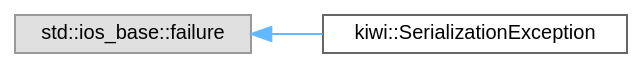
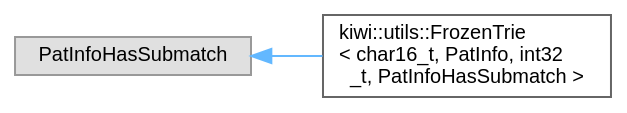
The diagram in inherit_graph_128.dot (bab2min/Kiwi), drawn with Graphviz before and after one commit. The commit also changed 150 other files, not shown here.

```diff
--- a/inherit_graph_128.dot
+++ b/inherit_graph_128.dot
@@ -1,11 +1,11 @@
 digraph "Graphical Class Hierarchy"
 {
  // LATEX_PDF_SIZE
   bgcolor="transparent";
   edge [fontname=Helvetica,fontsize=10,labelfontname=Helvetica,labelfontsize=10];
   node [fontname=Helvetica,fontsize=10,shape=box,height=0.2,width=0.4];
   rankdir="LR";
-  Node0 [id="Node000000",label="std::ios_base::failure",height=0.2,width=0.4,color="grey60", fillcolor="#E0E0E0", style="filled",tooltip=" "];
-  Node0 -> Node1 [id="edge20_Node000000_Node000001",dir="back",color="steelblue1",style="solid",tooltip=" "];
-  Node1 [id="Node000001",label="kiwi::SerializationException",height=0.2,width=0.4,color="grey40", fillcolor="white", style="filled",URL="$classkiwi_1_1SerializationException.html",tooltip=" "];
+  Node0 [id="Node000000",label="PatInfoHasSubmatch",height=0.2,width=0.4,color="grey60", fillcolor="#E0E0E0", style="filled",tooltip=" "];
+  Node0 -> Node1 [id="edge18_Node000000_Node000001",dir="back",color="steelblue1",style="solid",tooltip=" "];
+  Node1 [id="Node000001",label="kiwi::utils::FrozenTrie\l\< char16_t, PatInfo, int32\l_t, PatInfoHasSubmatch \>",height=0.2,width=0.4,color="grey40", fillcolor="white", style="filled",URL="$classkiwi_1_1utils_1_1FrozenTrie.html",tooltip=" "];
 }
```
